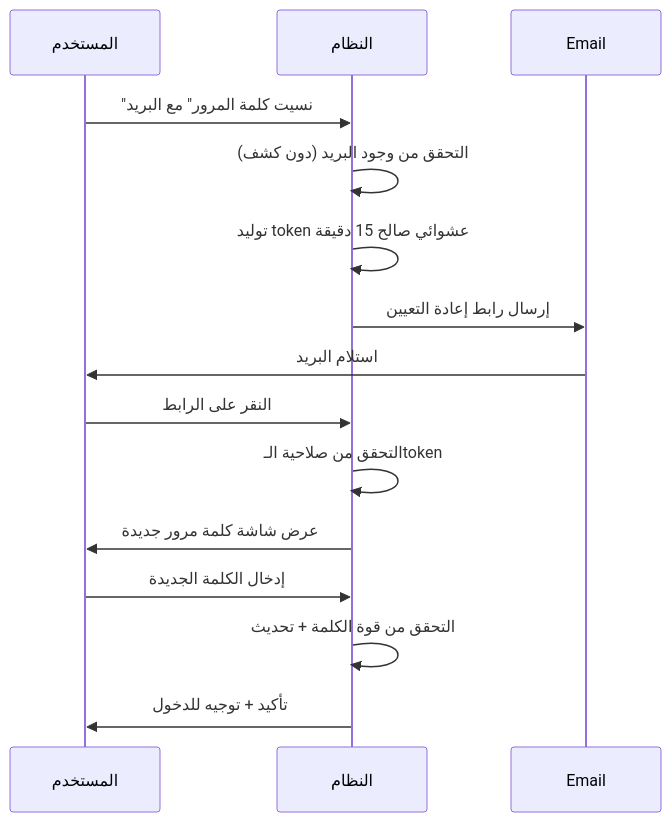
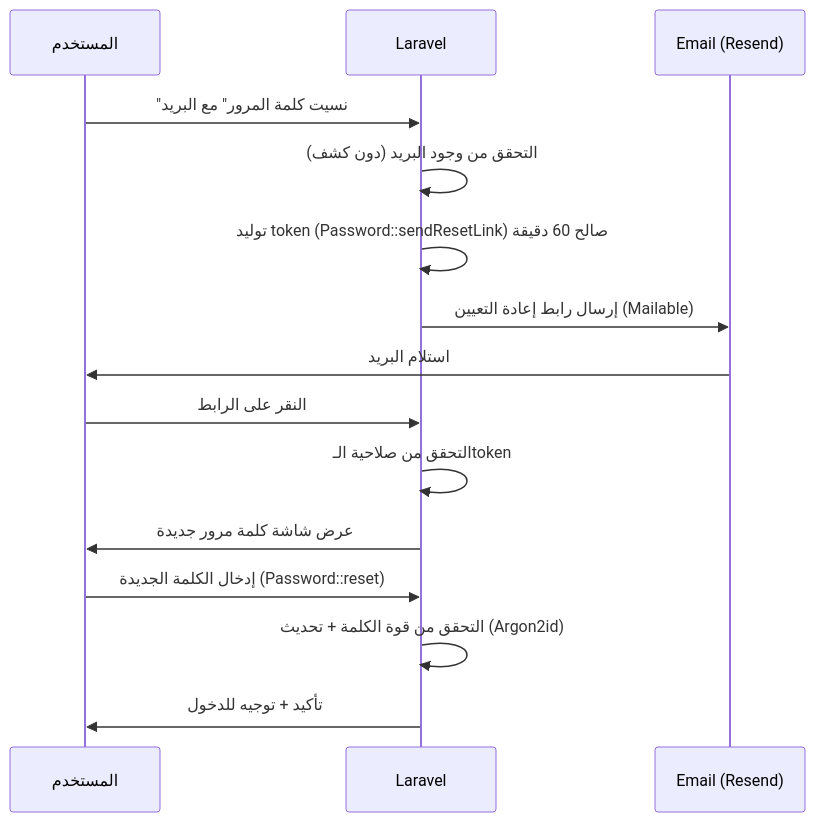
Before and after one commit to alharbib902-del/technical-handover: the fourth of 7 diagrams in مسودات-الوكلاء/الجزء-03-التكاملات-والأمان-والأداء.md, drawn with Mermaid. The commit also changed other lines of this file and 22 other files, not shown here.

````diff
--- a/مسودات-الوكلاء/الجزء-03-التكاملات-والأمان-والأداء.md
+++ b/مسودات-الوكلاء/الجزء-03-التكاملات-والأمان-والأداء.md
@@ -777,18 +1079,18 @@
 ```mermaid
 sequenceDiagram
     participant U as المستخدم
-    participant S as النظام
-    participant E as Email
+    participant S as Laravel
+    participant E as Email (Resend)
 
     U->>S: "نسيت كلمة المرور" مع البريد
     S->>S: التحقق من وجود البريد (دون كشف)
-    S->>S: توليد token عشوائي صالح 15 دقيقة
-    S->>E: إرسال رابط إعادة التعيين
+    S->>S: توليد token (Password::sendResetLink) صالح 60 دقيقة
+    S->>E: إرسال رابط إعادة التعيين (Mailable)
     E->>U: استلام البريد
     U->>S: النقر على الرابط
     S->>S: التحقق من صلاحية الـtoken
     S->>U: عرض شاشة كلمة مرور جديدة
-    U->>S: إدخال الكلمة الجديدة
-    S->>S: التحقق من قوة الكلمة + تحديث
+    U->>S: إدخال الكلمة الجديدة (Password::reset)
+    S->>S: التحقق من قوة الكلمة + تحديث (Argon2id)
     S->>U: تأكيد + توجيه للدخول
 ```
````
